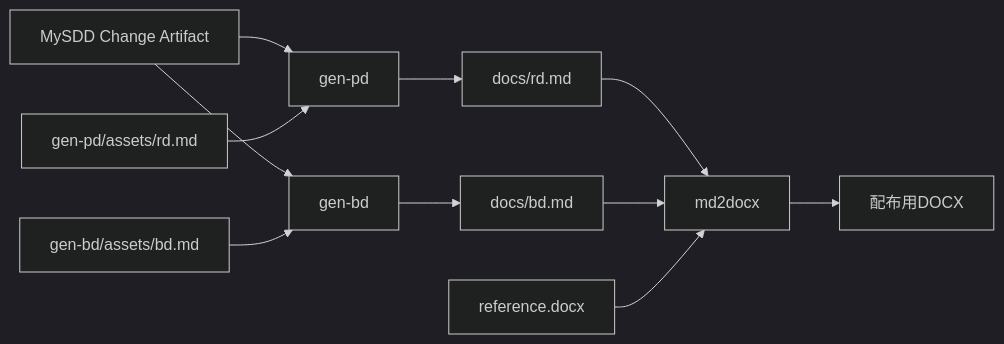
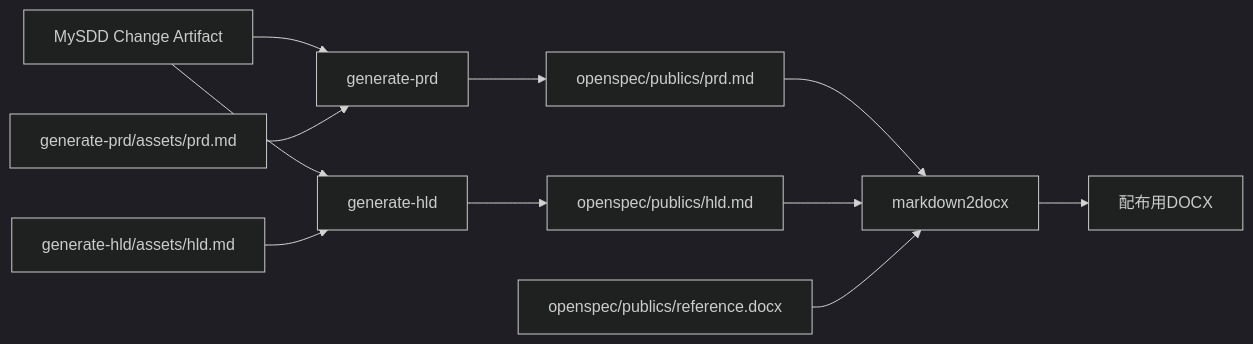
The second of 2 diagrams in docs/references/MySDD-Spec.md (k5-mot/SETUP.md), drawn with Mermaid (dark theme) before and after one commit. The commit also changed other lines of this file and 156 other files, not shown here.

````diff
--- a/docs/references/MySDD-Spec.md
+++ b/docs/references/MySDD-Spec.md
@@ -380,13 +390,13 @@
 ```mermaid
 flowchart LR
-    artifacts[MySDD Change Artifact] --> genpd[gen-pd]
-    artifacts --> genbd[gen-bd]
-    pdasset[gen-pd/assets/rd.md] --> genpd
-    bdasset[gen-bd/assets/bd.md] --> genbd
-    genpd --> rd[docs/rd.md]
-    genbd --> bd[docs/bd.md]
-    rd --> md2docx[md2docx]
-    bd --> md2docx
-    reference[reference.docx] --> md2docx
-    md2docx --> docx[配布用DOCX]
+    artifacts[MySDD Change Artifact] --> genprd[generate-prd]
+    artifacts --> genhld[generate-hld]
+    prdasset[generate-prd/assets/prd.md] --> genprd
+    hldasset[generate-hld/assets/hld.md] --> genhld
+    genprd --> prd[openspec/publics/prd.md]
+    genhld --> hld[openspec/publics/hld.md]
+    prd --> convert[markdown2docx]
+    hld --> convert
+    reference[openspec/publics/reference.docx] --> convert
+    convert --> docx[配布用DOCX]
 ```
````
